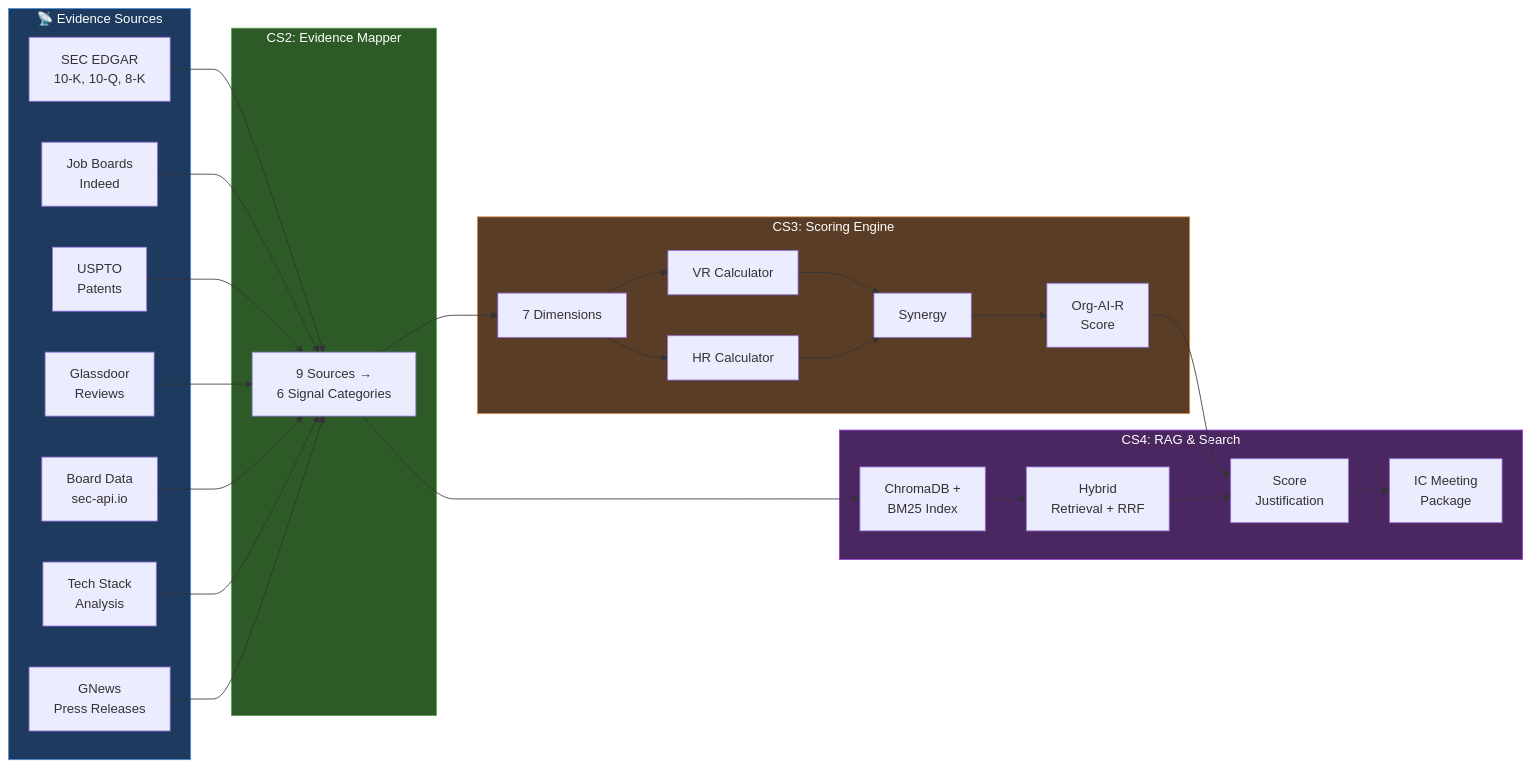
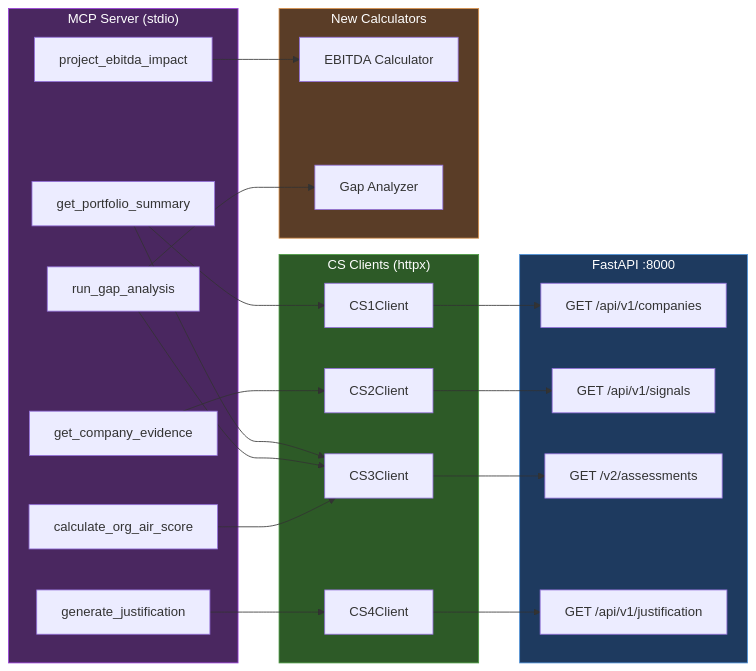
The second of 4 diagrams in README.md (BigDataIA-Spring26-Team-4/BigDataIA-SPring26-Team-4-case-study-5), drawn with Mermaid before and after one commit. The commit also changed other lines of this file, not shown here.

````diff
--- a/README.md
+++ b/README.md
@@ -115,57 +151,49 @@
 ```mermaid
 graph LR
-    subgraph Sources["📡 Evidence Sources"]
-        SEC["SEC EDGAR<br/>10-K, 10-Q, 8-K"]
-        JOBS["Job Boards<br/>Indeed"]
-        PAT["USPTO<br/>Patents"]
-        GD["Glassdoor<br/>Reviews"]
-        BD["Board Data<br/>sec-api.io"]
-        TECH["Tech Stack<br/>Analysis"]
-        NEWS["GNews<br/>Press Releases"]
+    subgraph MCP["MCP Server (stdio)"]
+        T1["calculate_org_air_score"]
+        T2["get_company_evidence"]
+        T3["generate_justification"]
+        T4["project_ebitda_impact"]
+        T5["run_gap_analysis"]
+        T6["get_portfolio_summary"]
     end
 
-    subgraph CS2["CS2: Evidence Mapper"]
-        EM["9 Sources →<br/>6 Signal Categories"]
+    subgraph Clients["CS Clients (httpx)"]
+        C1["CS1Client"]
+        C2["CS2Client"]
+        C3["CS3Client"]
+        C4["CS4Client"]
     end
 
-    subgraph CS3["CS3: Scoring Engine"]
-        DIM["7 Dimensions"]
-        VR["VR Calculator"]
-        HR["HR Calculator"]
-        SYN["Synergy"]
-        SCORE["Org-AI-R<br/>Score"]
+    subgraph New["New Calculators"]
+        E["EBITDA Calculator"]
+        G["Gap Analyzer"]
     end
 
-    subgraph CS4["CS4: RAG & Search"]
-        IDX["ChromaDB +<br/>BM25 Index"]
-        HYB["Hybrid<br/>Retrieval + RRF"]
-        JUST["Score<br/>Justification"]
-        IC["IC Meeting<br/>Package"]
+    subgraph API["FastAPI :8000"]
+        A1["GET /api/v1/companies"]
+        A2["GET /api/v1/signals"]
+        A3["GET /v2/assessments"]
+        A4["GET /api/v1/justification"]
     end
 
-    SEC --> EM
-    JOBS --> EM
-    PAT --> EM
-    GD --> EM
-    BD --> EM
-    TECH --> EM
-    NEWS --> EM
+    T1 --> C3
+    T2 --> C2
+    T3 --> C4
+    T4 --> E
+    T5 --> G
+    T5 --> C3
+    T6 --> C1
+    T6 --> C3
 
-    EM --> DIM
-    DIM --> VR
-    DIM --> HR
-    VR --> SYN
-    HR --> SYN
-    SYN --> SCORE
+    C1 --> A1
+    C2 --> A2
+    C3 --> A3
+    C4 --> A4
 
-    EM --> IDX
-    SCORE --> JUST
-    IDX --> HYB
-    HYB --> JUST
-    JUST --> IC
-
-    style Sources fill:#1e3a5f,stroke:#4a90d9,color:#fff
-    style CS2 fill:#2d5a27,stroke:#4a9940,color:#fff
-    style CS3 fill:#5a3d27,stroke:#d9904a,color:#fff
-    style CS4 fill:#4a2760,stroke:#9940d9,color:#fff
+    style MCP fill:#4a2760,stroke:#9940d9,color:#fff
+    style Clients fill:#2d5a27,stroke:#4a9940,color:#fff
+    style New fill:#5a3d27,stroke:#d9904a,color:#fff
+    style API fill:#1e3a5f,stroke:#4a90d9,color:#fff
 ```
````
